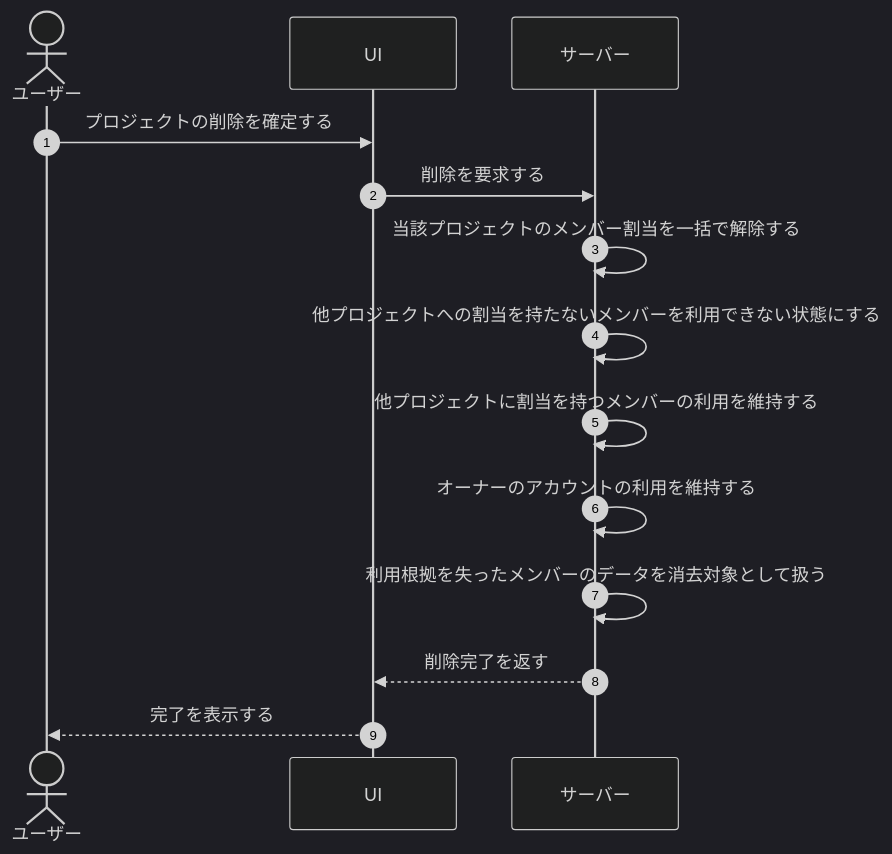
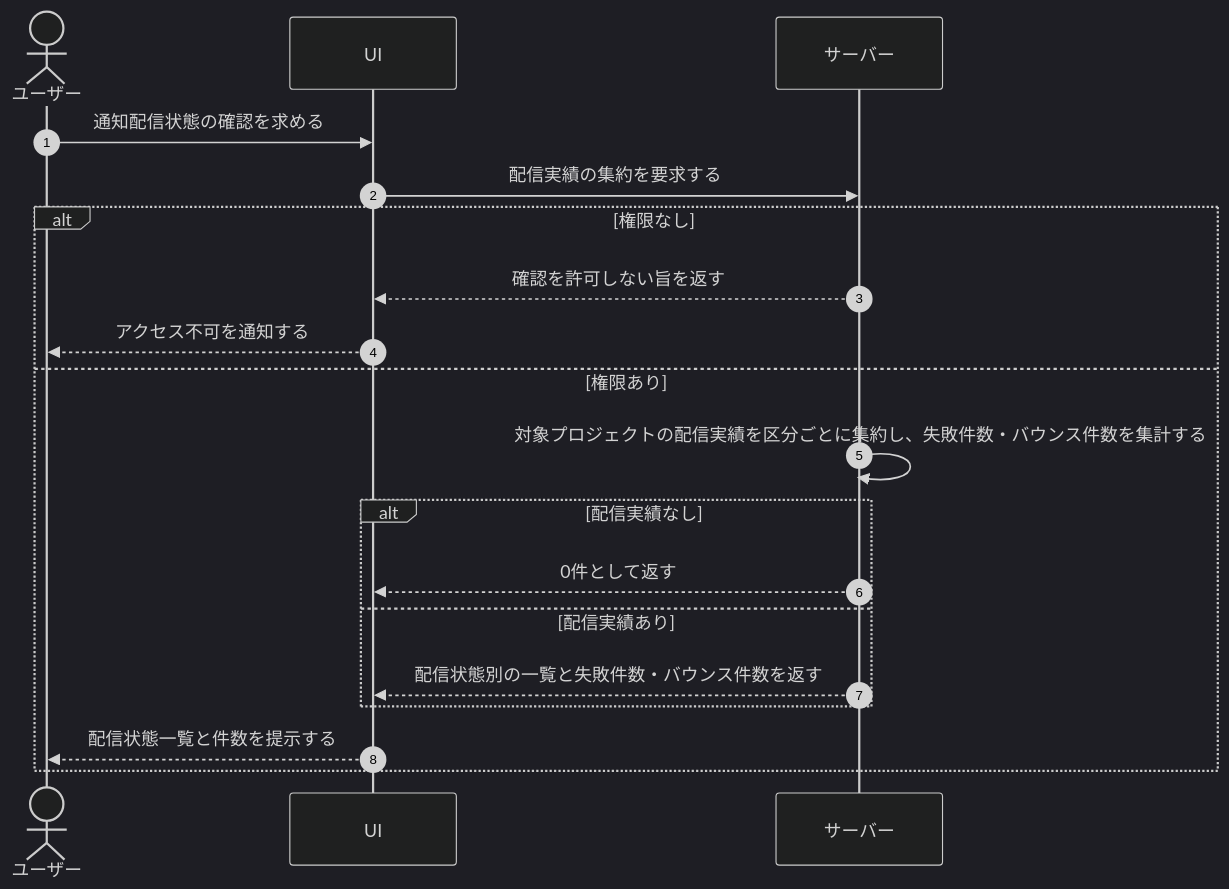
The diagram in 01_requirements/04_business_usecases/UC-077.md (sikakou54/open-faq), drawn with Mermaid (dark theme) before and after one commit. The commit also changed other lines of this file and 395 other files, not shown here.

````diff
--- a/01_requirements/04_business_usecases/UC-077.md
+++ b/01_requirements/04_business_usecases/UC-077.md
@@ -26,16 +26,21 @@
 ```mermaid
 sequenceDiagram
   autonumber
   actor U as ユーザー
   participant UI as UI
   participant S as サーバー
-  U->>UI: プロジェクトの削除を確定する
-  UI->>S: 削除を要求する
-  S->>S: 当該プロジェクトのメンバー割当を一括で解除する
-  S->>S: 他プロジェクトへの割当を持たないメンバーを利用できない状態にする
-  S->>S: 他プロジェクトに割当を持つメンバーの利用を維持する
-  S->>S: オーナーのアカウントの利用を維持する
-  S->>S: 利用根拠を失ったメンバーのデータを消去対象として扱う
-  S-->>UI: 削除完了を返す
-  UI-->>U: 完了を表示する
+  U->>UI: 通知配信状態の確認を求める
+  UI->>S: 配信実績の集約を要求する
+  alt 権限なし
+    S-->>UI: 確認を許可しない旨を返す
+    UI-->>U: アクセス不可を通知する
+  else 権限あり
+    S->>S: 対象プロジェクトの配信実績を区分ごとに集約し、失敗件数・バウンス件数を集計する
+    alt 配信実績なし
+      S-->>UI: 0件として返す
+    else 配信実績あり
+      S-->>UI: 配信状態別の一覧と失敗件数・バウンス件数を返す
+    end
+    UI-->>U: 配信状態一覧と件数を提示する
+  end
 ```
````
